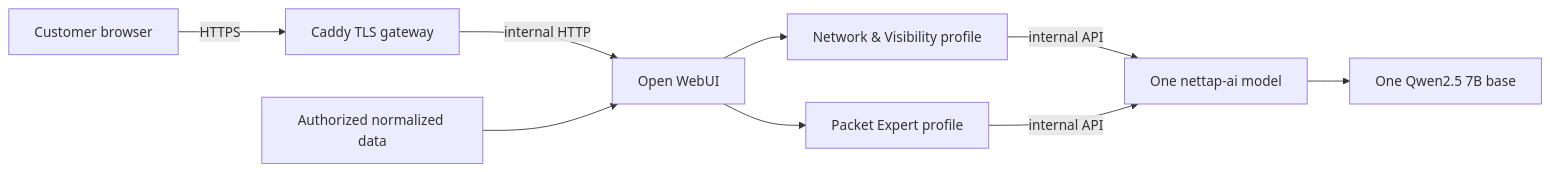
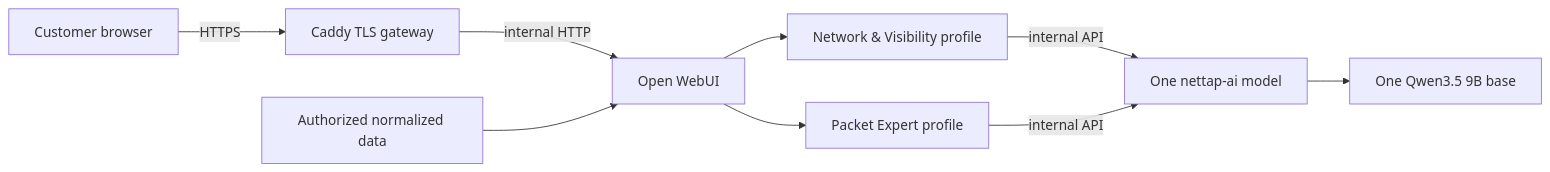
The diagram in docs/PRODUCTION_ARCHITECTURE.md (mpdwyer2367/nettap-packet-expert), drawn with Mermaid before and after one commit. The commit also changed other lines of this file and 57 other files, not shown here.

````diff
--- a/docs/PRODUCTION_ARCHITECTURE.md
+++ b/docs/PRODUCTION_ARCHITECTURE.md
@@ -9,11 +9,11 @@
 ```mermaid
 flowchart LR
     B["Customer browser"] -->|HTTPS| G["Caddy TLS gateway"]
     G -->|internal HTTP| W["Open WebUI"]
     W --> V["Network & Visibility profile"]
     W --> P["Packet Expert profile"]
     V -->|internal API| N["One nettap-ai model"]
     P -->|internal API| N
-    N --> M["One Qwen2.5 7B base"]
+    N --> M["One Qwen3.5 9B base"]
     D["Authorized normalized data"] --> W
 ```
````
